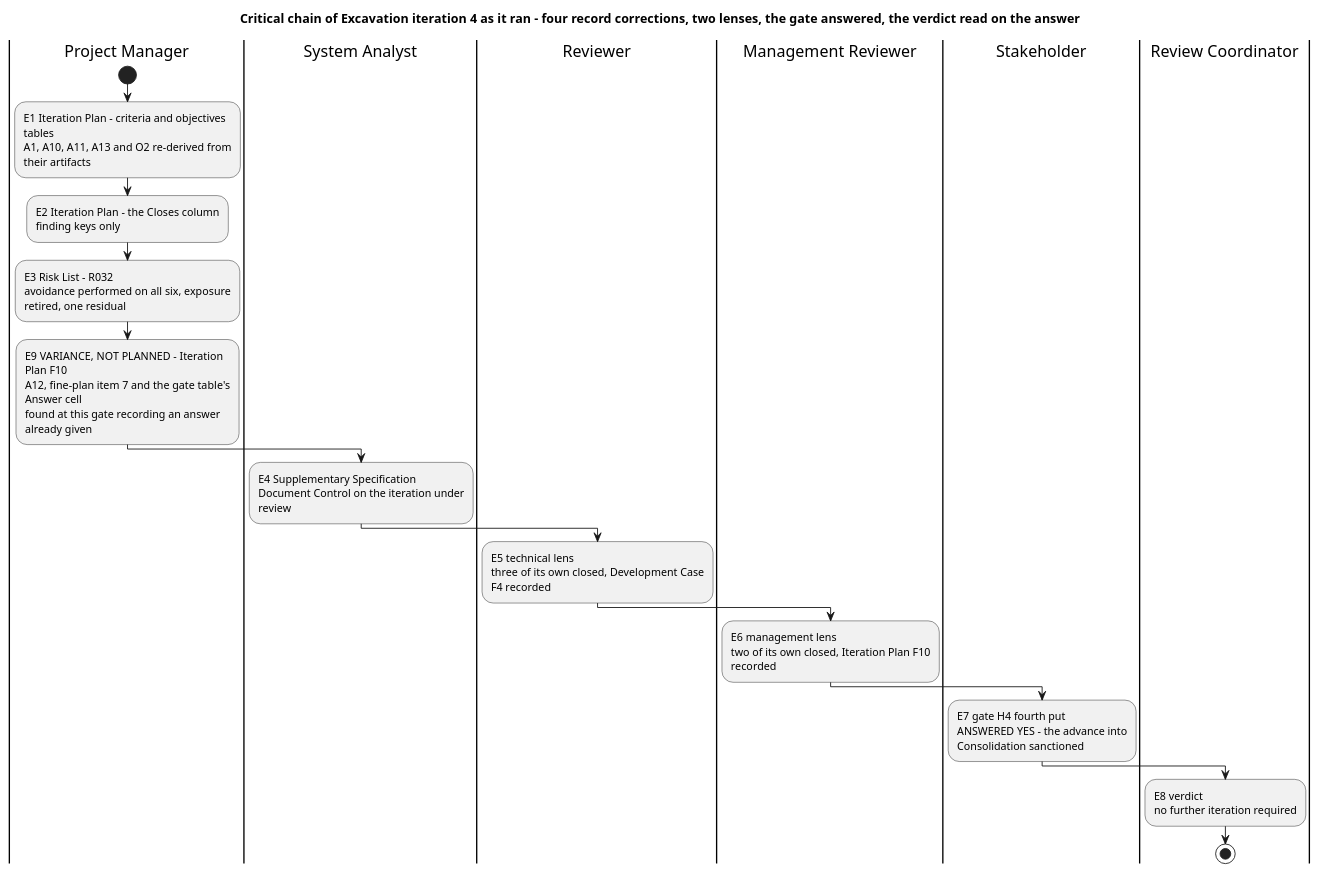
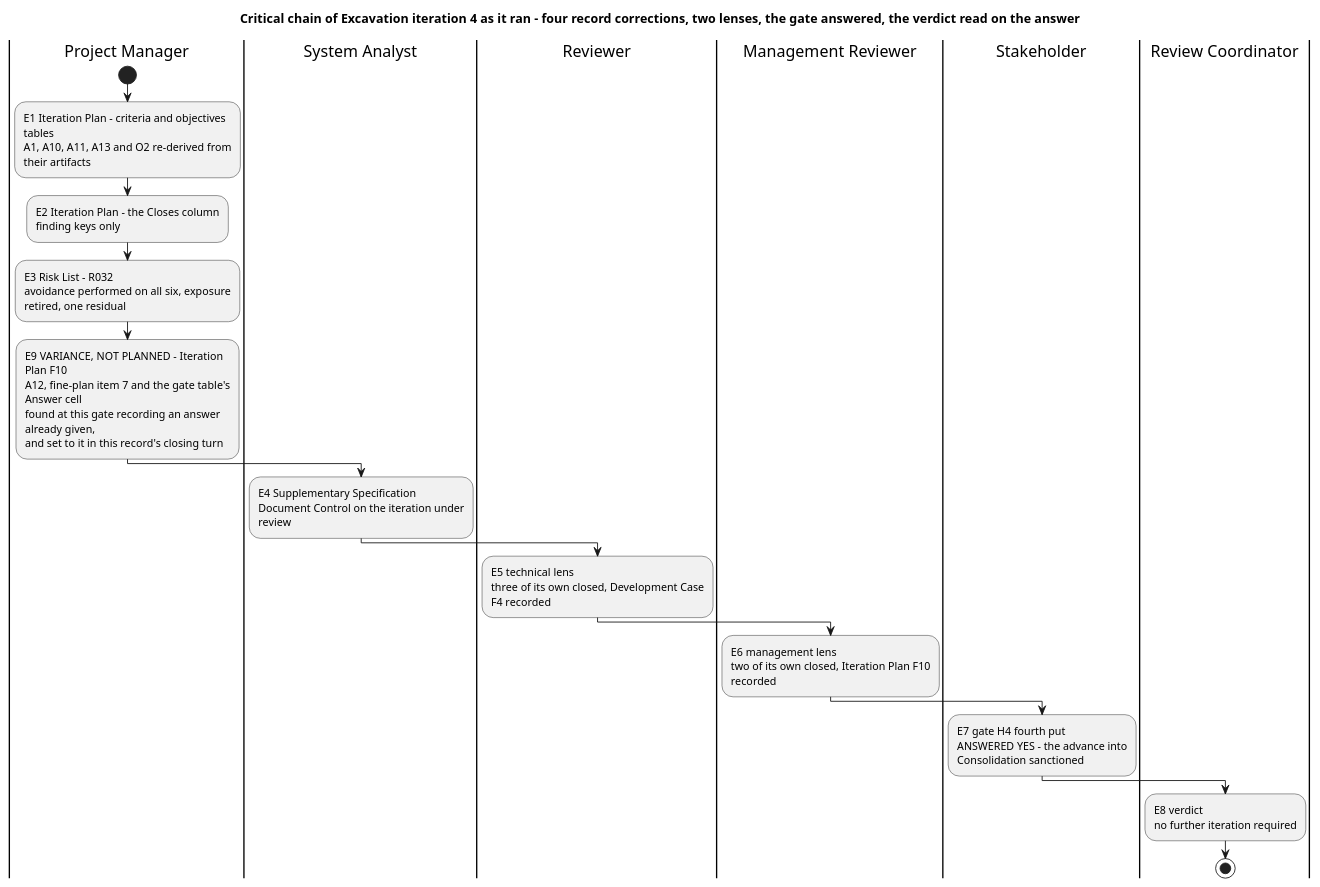
One commit to banense-test/TodoApp changed the second of 6 diagrams in docs/artifacts/project-management/iteration-assessment.md. Above: the diagram before and after it, drawn with PlantUML. The commit also changed other lines of this file, not shown here.

Commit message:
Project Manager [Excavation4]: upsert Iteration Assessment
[skip ci]

````diff
--- a/docs/artifacts/project-management/iteration-assessment.md
+++ b/docs/artifacts/project-management/iteration-assessment.md
@@ -54,37 +54,38 @@
 ```plantuml
 @startuml
 title Critical chain of Excavation iteration 4 as it ran - four record corrections, two lenses, the gate answered, the verdict read on the answer
 skinparam shadowing false
 skinparam wrapWidth 250
 
 |Project Manager|
 start
 :E1 Iteration Plan - criteria and objectives tables
 A1, A10, A11, A13 and O2 re-derived from their artifacts;
 :E2 Iteration Plan - the Closes column
 finding keys only;
 :E3 Risk List - R032
 avoidance performed on all six, exposure retired, one residual;
 :E9 VARIANCE, NOT PLANNED - Iteration Plan F10
 A12, fine-plan item 7 and the gate table's Answer cell
-found at this gate recording an answer already given;
+found at this gate recording an answer already given,
+and set to it in this record's closing turn;
 
 |System Analyst|
 :E4 Supplementary Specification
 Document Control on the iteration under review;
 
 |Reviewer|
 :E5 technical lens
 three of its own closed, Development Case F4 recorded;
 |Management Reviewer|
 :E6 management lens
 two of its own closed, Iteration Plan F10 recorded;
 |Stakeholder|
 :E7 gate H4 fourth put
 ANSWERED YES - the advance into Consolidation sanctioned;
 |Review Coordinator|
 :E8 verdict
 no further iteration required;
 stop
 @enduml
 ```
````
